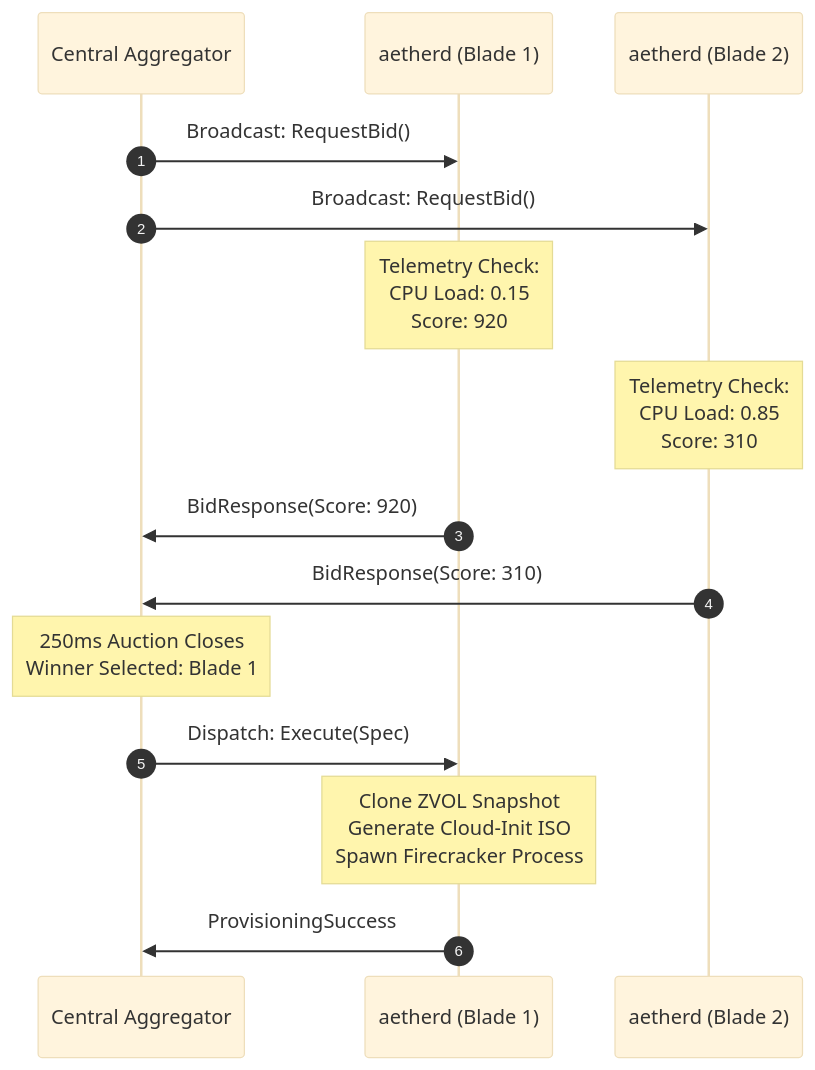
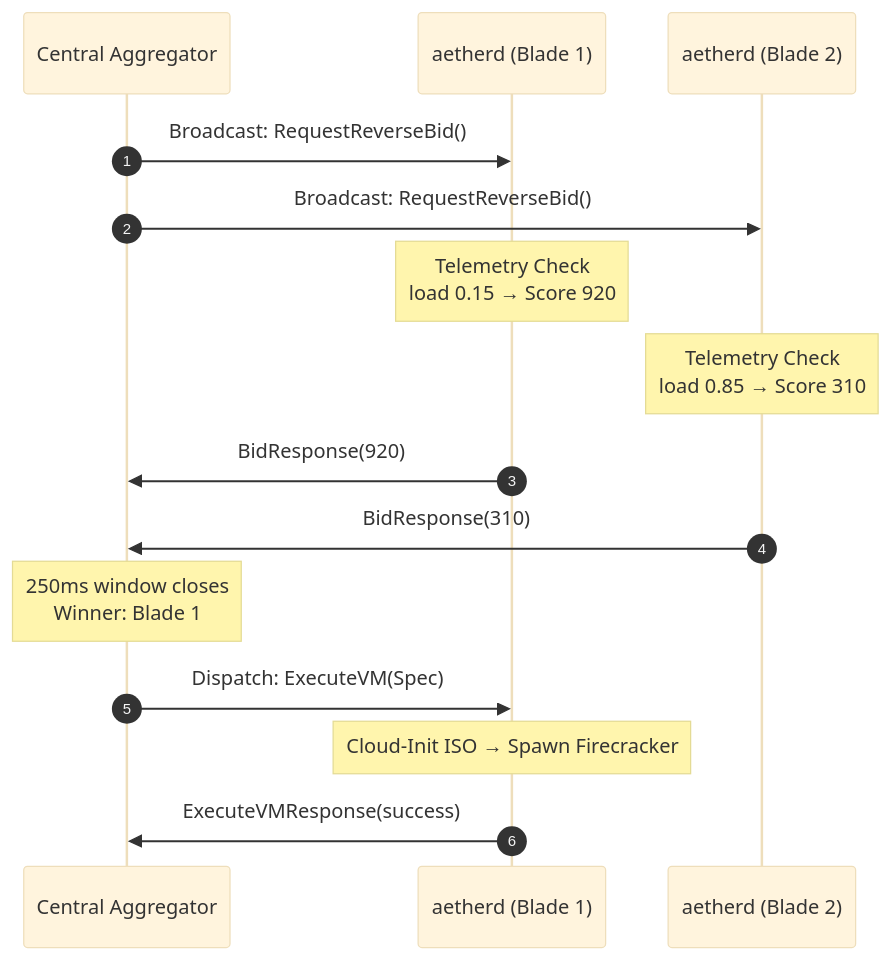
Before and after one commit to microscaler/Aether: the second of 2 diagrams in ARCHITECTURE.md, drawn with Mermaid (base theme). The commit also changed other lines of this file, not shown here.

Commit message:
split our architecture

````diff
--- a/ARCHITECTURE.md
+++ b/ARCHITECTURE.md
@@ -85,24 +130,23 @@
 ```mermaid
 sequenceDiagram
     autonumber
     participant Agg as Central Aggregator
     participant B1 as aetherd (Blade 1)
     participant B2 as aetherd (Blade 2)
-    
-    Agg->>B1: Broadcast: RequestBid()
-    Agg->>B2: Broadcast: RequestBid()
-    
-    Note over B1: Telemetry Check:<br/>CPU Load: 0.15<br/>Score: 920
-    Note over B2: Telemetry Check:<br/>CPU Load: 0.85<br/>Score: 310
-    
-    B1->>Agg: BidResponse(Score: 920)
-    B2->>Agg: BidResponse(Score: 310)
-    
-    Note over Agg: 250ms Auction Closes<br/>Winner Selected: Blade 1
-    
-    Agg->>B1: Dispatch: Execute(Spec)
-    
-    Note over B1: Clone ZVOL Snapshot<br/>Generate Cloud-Init ISO<br/>Spawn Firecracker Process
-    
-    B1->>Agg: ProvisioningSuccess
+
+    Agg->>B1: Broadcast: RequestReverseBid()
+    Agg->>B2: Broadcast: RequestReverseBid()
+
+    Note over B1: Telemetry Check<br/>load 0.15 → Score 920
+    Note over B2: Telemetry Check<br/>load 0.85 → Score 310
+
+    B1->>Agg: BidResponse(920)
+    B2->>Agg: BidResponse(310)
+
+    Note over Agg: 250ms window closes<br/>Winner: Blade 1
+
+    Agg->>B1: Dispatch: ExecuteVM(Spec)
+
+    Note over B1: Cloud-Init ISO → Spawn Firecracker
+    B1->>Agg: ExecuteVMResponse(success)
 ```
````
